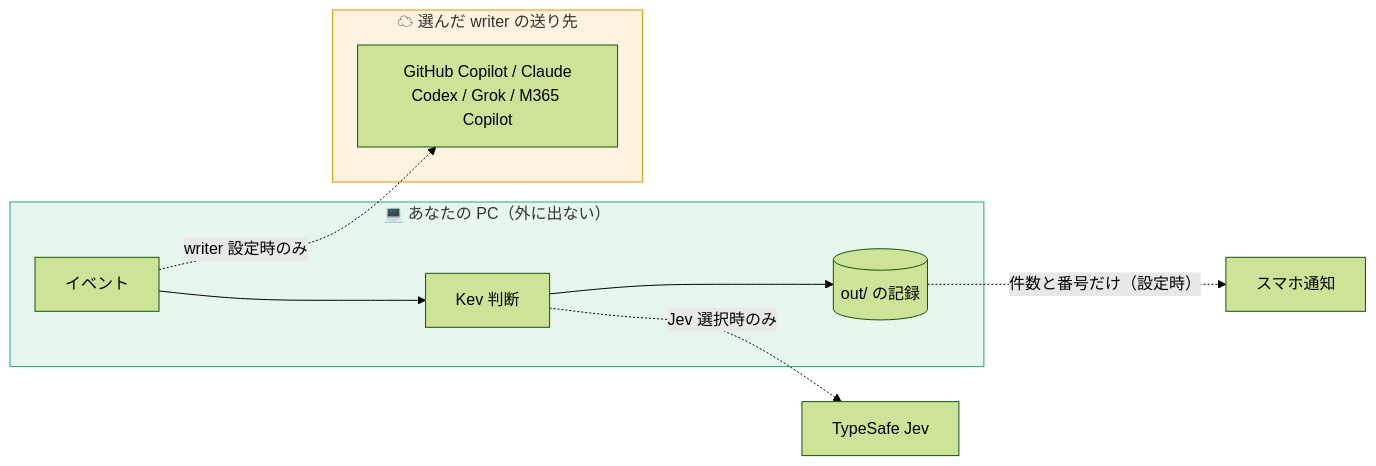
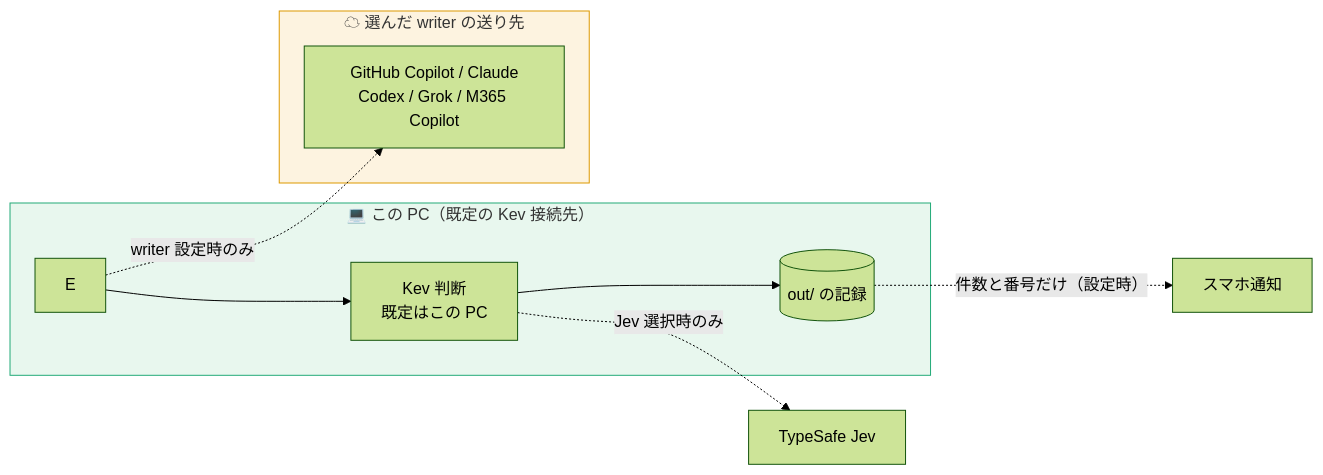
Before and after one commit to awano27/pm-decision: the third of 4 diagrams in README.md, drawn with Mermaid (forest theme). The commit also changed other lines of this file and 55 other files, not shown here.

````diff
--- a/README.md
+++ b/README.md
@@ -321,15 +327,15 @@
 ```mermaid
 flowchart LR
-    subgraph PC["💻 あなたの PC（外に出ない）"]
-      E[イベント] --> KEV[Kev 判断]
+    subgraph PC["💻 この PC（既定の Kev 接続先）"]
+      E --> KEV[Kev 判断<br/>既定はこの PC]
       KEV --> REC[(out/ の記録)]
     end
     E -. "writer 設定時のみ" .-> W
     subgraph EXT["☁ 選んだ writer の送り先"]
       W["GitHub Copilot / Claude<br/>Codex / Grok / M365 Copilot"]
     end
     KEV -. "Jev 選択時のみ" .-> JEV[TypeSafe Jev]
     REC -. "件数と番号だけ（設定時）" .-> PUSH[スマホ通知]
     style PC fill:#e8f7ee,stroke:#2a7
     style EXT fill:#fdf3e0,stroke:#d90
 ```
````
